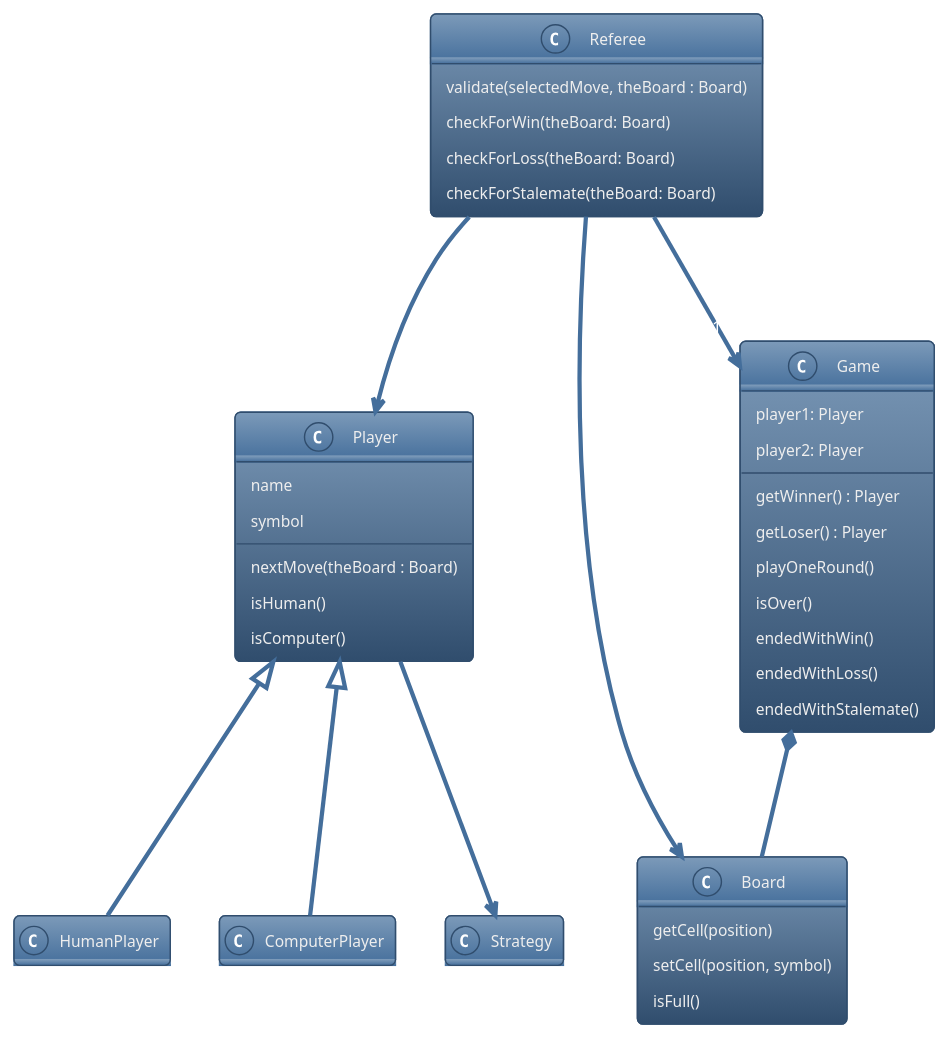
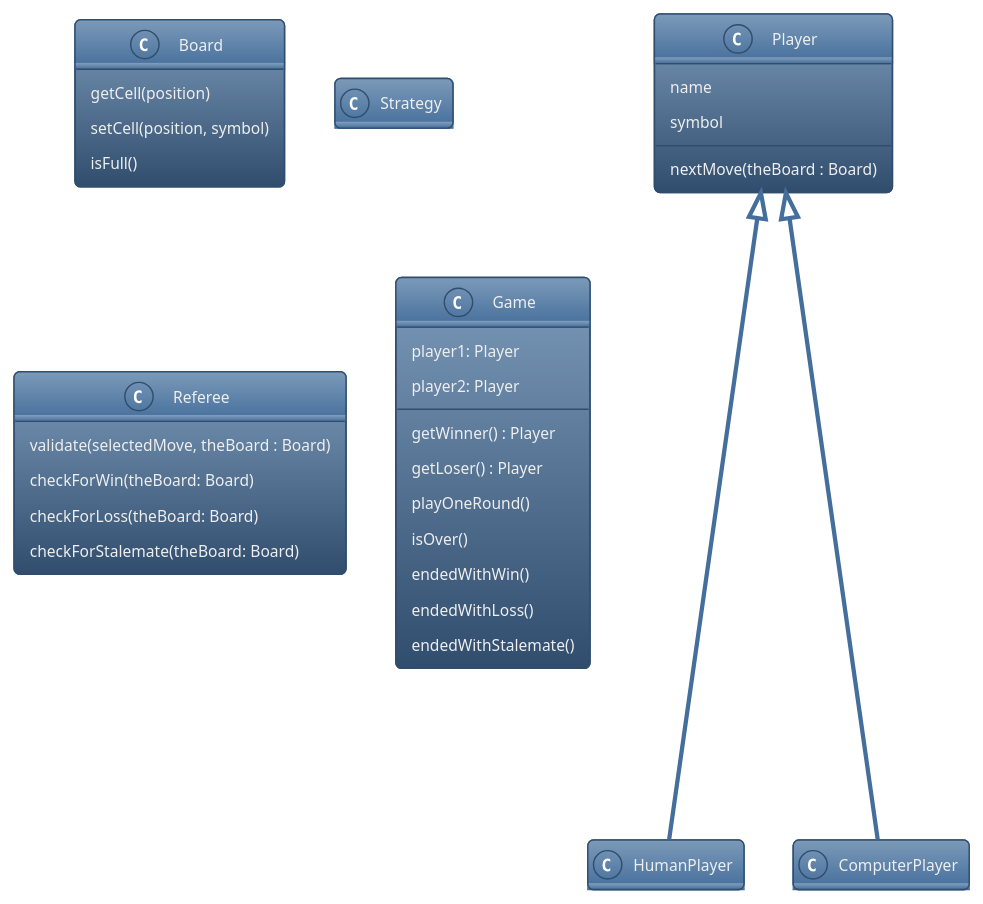
Before and after one commit to alexistli/tic-tac-toe-game: the diagram in tic-tac-toe.puml, drawn with PlantUML.

Commit message:
Update UML class diagram

```diff
--- a/tic-tac-toe.puml
+++ b/tic-tac-toe.puml
@@ -3,58 +3,45 @@
 @startuml
 !theme spacelab
 hide empty members
 
 class Player {
     name
     symbol
 
     nextMove(theBoard : Board)
-    isHuman()
-    isComputer()
-}
-
-class HumanPlayer {
-}
-
-class ComputerPlayer {
 }
 
 class Board {
     getCell(position)
     setCell(position, symbol)
     isFull()
 }
 
 class Strategy {
 
 }
 
 class Referee {
     validate(selectedMove, theBoard : Board)
     checkForWin(theBoard: Board)
     checkForLoss(theBoard: Board)
     checkForStalemate(theBoard: Board)
 }
 
 class Game {
     player1: Player
     player2: Player
 
     getWinner() : Player
     getLoser() : Player
     playOneRound()
     isOver()
     endedWithWin()
     endedWithLoss()
     endedWithStalemate()
 }
 
-Player --> Strategy: employs
-Player <|-- HumanPlayer
-Player <|-- ComputerPlayer
-Referee --> Board: examines
-Game *-- Board
-Referee --> "2" Player : keeps honest
-Referee --> "1" Game : assigned to
+Player <|---- HumanPlayer
+Player <|---- ComputerPlayer
 
 @enduml
```
